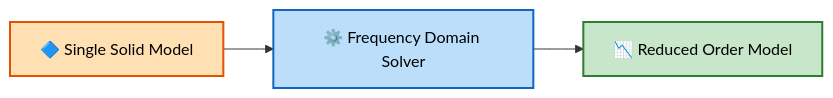
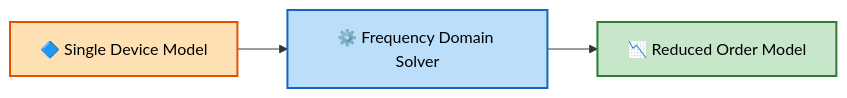
One commit to Dark-Elektron/cavsim3d changed the first of 6 diagrams in docs/architecture.md. Above: the diagram before and after it, drawn with Mermaid. The commit also changed other lines of this file and 11 other files, not shown here.

````diff
--- a/docs/architecture.md
+++ b/docs/architecture.md
@@ -11,7 +11,7 @@
 ```mermaid
 graph LR
-    A1["🔷 Single Solid Model"]:::input --> B1["⚙️ Frequency Domain Solver"]:::process --> C1["📉 Reduced Order Model"]:::output
+    A1["🔷 Single Device Model"]:::input --> B1["⚙️ Frequency Domain Solver"]:::process --> C1["📉 Reduced Order Model"]:::output
     classDef input fill:#ffe0b2,stroke:#e65100,stroke-width:2px,color:#000
     classDef process fill:#bbdefb,stroke:#1565c0,stroke-width:2px,color:#000
     classDef output fill:#c8e6c9,stroke:#2e7d32,stroke-width:2px,color:#000
 ```
````
